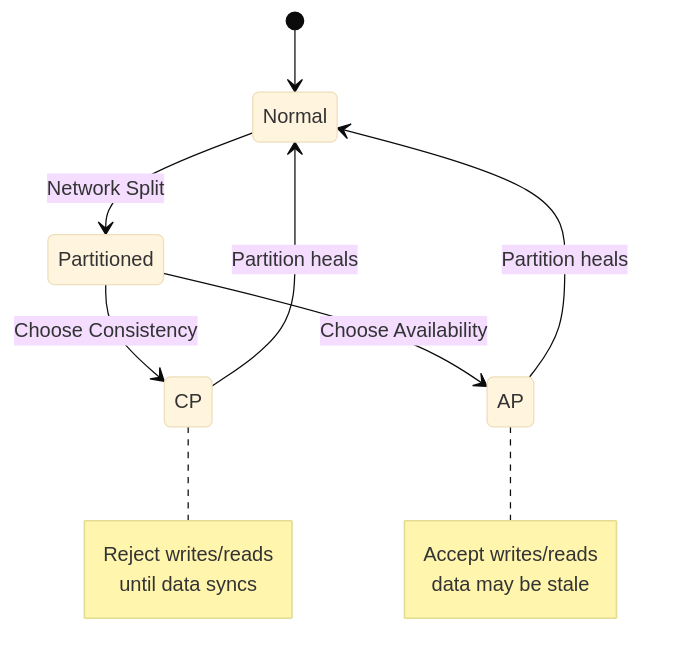
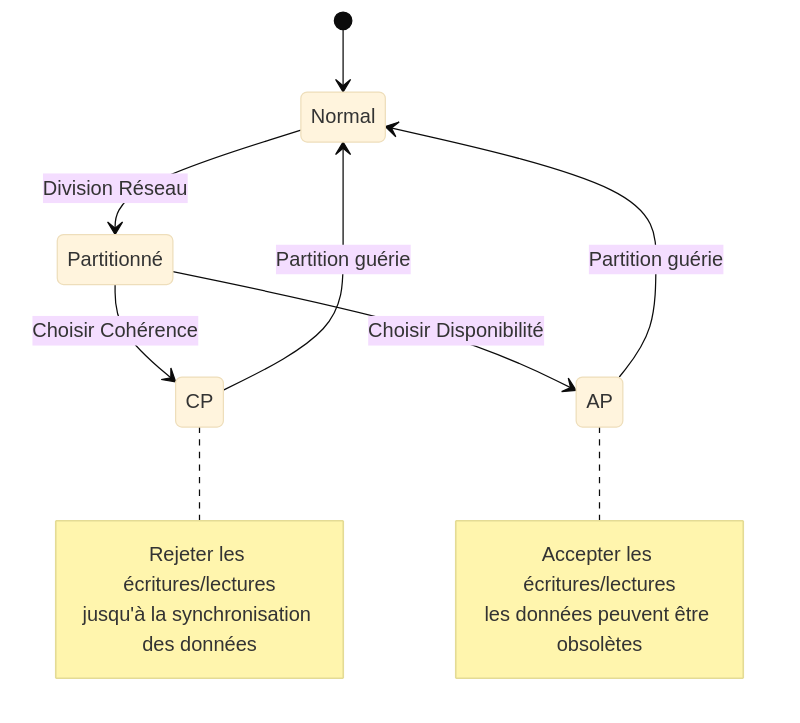
Before and after one commit to dardourimohamed/distributed-systems-course: the fifth of 12 diagrams in src/data-store/02-cap-theorem.md, drawn with Mermaid (base theme). The commit also changed other lines of this file and 38 other files, not shown here.

````diff
--- a/src/data-store/02-cap-theorem.md
+++ b/src/data-store/02-cap-theorem.md
@@ -120,19 +120,19 @@
 ```mermaid
 stateDiagram-v2
     [*] --> Normal
-    Normal --> Partitioned: Network Split
-    Partitioned --> CP: Choose Consistency
-    Partitioned --> AP: Choose Availability
-    CP --> Normal: Partition heals
-    AP --> Normal: Partition heals
+    Normal --> Partitionné: Division Réseau
+    Partitionné --> CP: Choisir Cohérence
+    Partitionné --> AP: Choisir Disponibilité
+    CP --> Normal: Partition guérie
+    AP --> Normal: Partition guérie
 
     note right of CP
-        Reject writes/reads
-        until data syncs
+        Rejeter les écritures/lectures
+        jusqu'à la synchronisation des données
     end note
 
     note right of AP
-        Accept writes/reads
-        data may be stale
+        Accepter les écritures/lectures
+        les données peuvent être obsolètes
     end note
 ```
````
